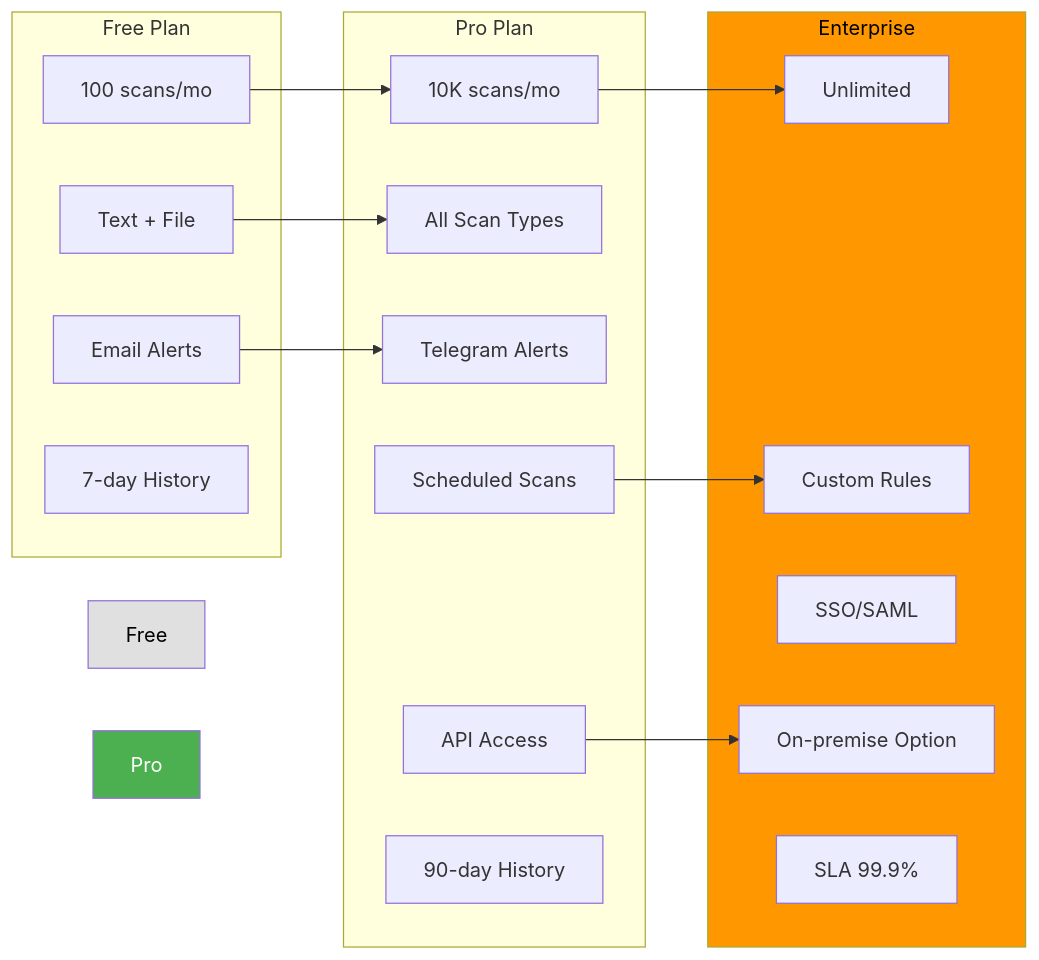
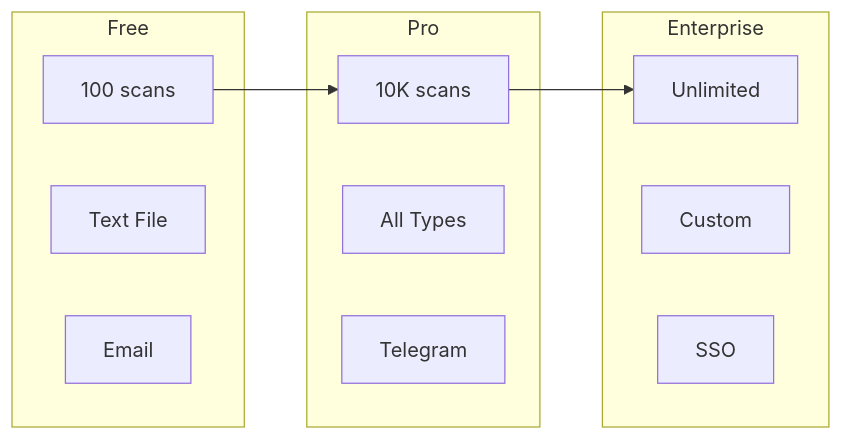
One commit to Khan-Feroz211/MyCyber-Project changed the first of 6 diagrams in README.md. Above: the diagram before and after it, drawn with Mermaid. The commit also changed other lines of this file, not shown here.

Commit message:
docs: fix all mermaid diagrams for GitHub - remove init blocks, style statements, simplify syntax

````diff
--- a/README.md
+++ b/README.md
@@ -91,37 +91,19 @@
 ```mermaid
 graph LR
-    subgraph "Free Plan"
-        F1[100 scans/mo]
-        F2[Text + File]
-        F3[Email Alerts]
-        F4[7-day History]
+    subgraph Free
+        F1[100 scans]
+        F2[Text File]
+        F3[Email]
     end
-    
-    subgraph "Pro Plan"
-        P1[10K scans/mo]
-        P2[All Scan Types]
-        P3[Telegram Alerts]
-        P4[Scheduled Scans]
-        P5[API Access]
-        P6[90-day History]
+    subgraph Pro
+        P1[10K scans]
+        P2[All Types]
+        P3[Telegram]
     end
-    
-    subgraph "Enterprise"
+    subgraph Enterprise
         E1[Unlimited]
-        E2[Custom Rules]
-        E3[SSO/SAML]
-        E4[On-premise Option]
-        E5[SLA 99.9%]
+        E2[Custom]
+        E3[SSO]
     end
-    
-    F1 --> P1
-    F2 --> P2
-    F3 --> P3
-    P1 --> E1
-    P4 --> E2
-    P5 --> E4
-    
-    style Free fill:#e0e0e0,color:#000
-    style Pro fill:#4CAF50,color:#fff
-    style Enterprise fill:#FF9800,color:#000
+    F1 --> P1 --> E1
 ```
````
